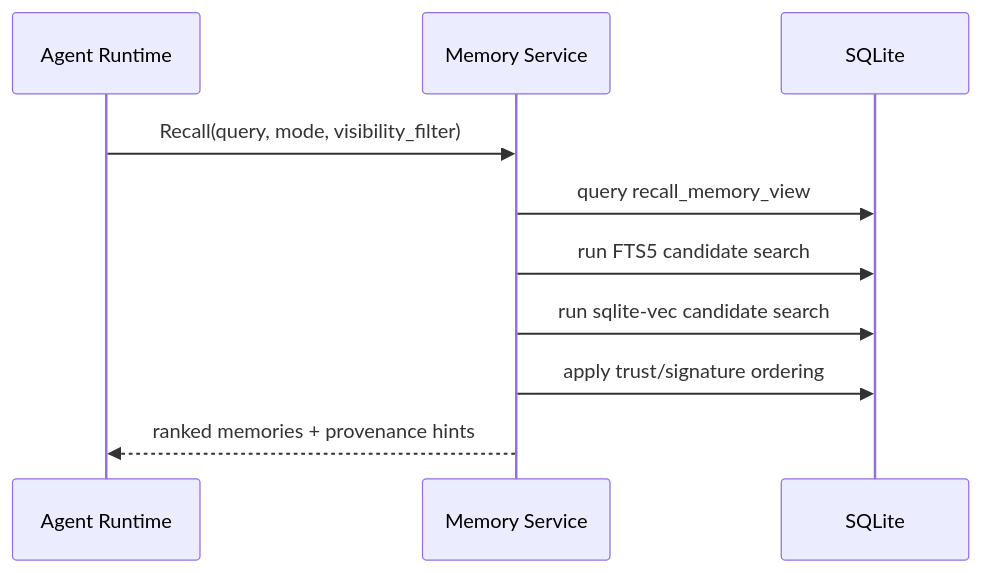
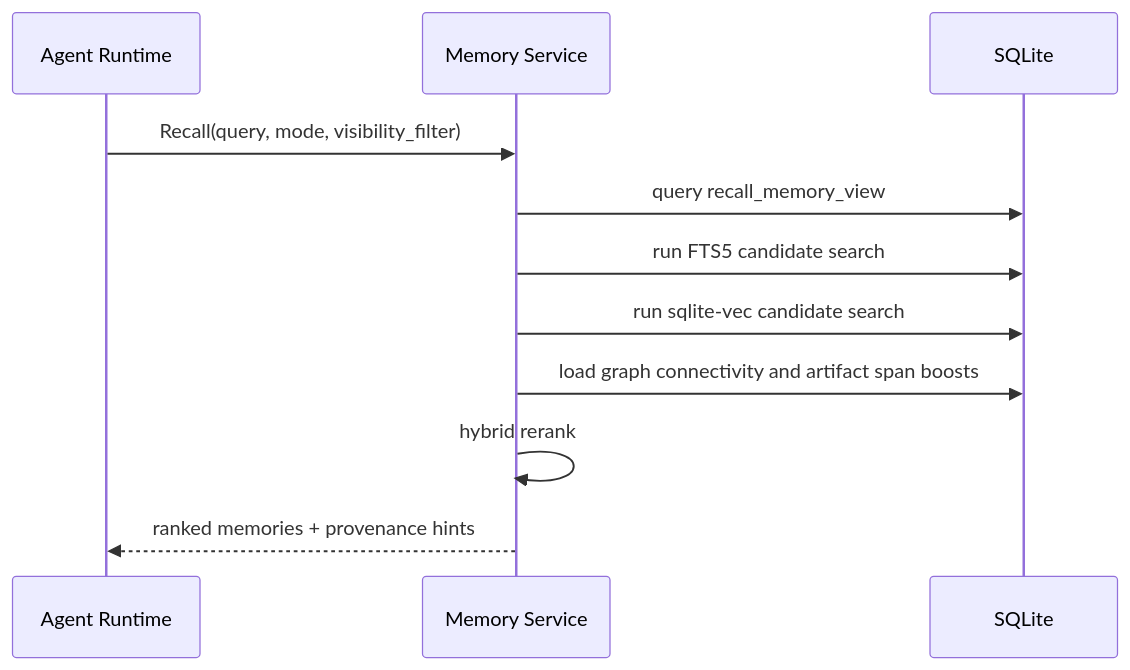
Before and after one commit to Taku315o/crdt-agent-memory: the fifth of 8 diagrams in docs/architecture/workflows.md, drawn with Mermaid. The commit also changed other lines of this file and 5 other files, not shown here.

````diff
--- a/docs/architecture/workflows.md
+++ b/docs/architecture/workflows.md
@@ -188,13 +188,14 @@
 ```mermaid
 sequenceDiagram
     participant Agent as Agent Runtime
     participant API as Memory Service
     participant DB as SQLite
 
     Agent->>API: Recall(query, mode, visibility_filter)
     API->>DB: query recall_memory_view
     API->>DB: run FTS5 candidate search
     API->>DB: run sqlite-vec candidate search
-    API->>DB: apply trust/signature ordering
+    API->>DB: load graph connectivity and artifact span boosts
+    API->>API: hybrid rerank
     API-->>Agent: ranked memories + provenance hints
 ```
````
